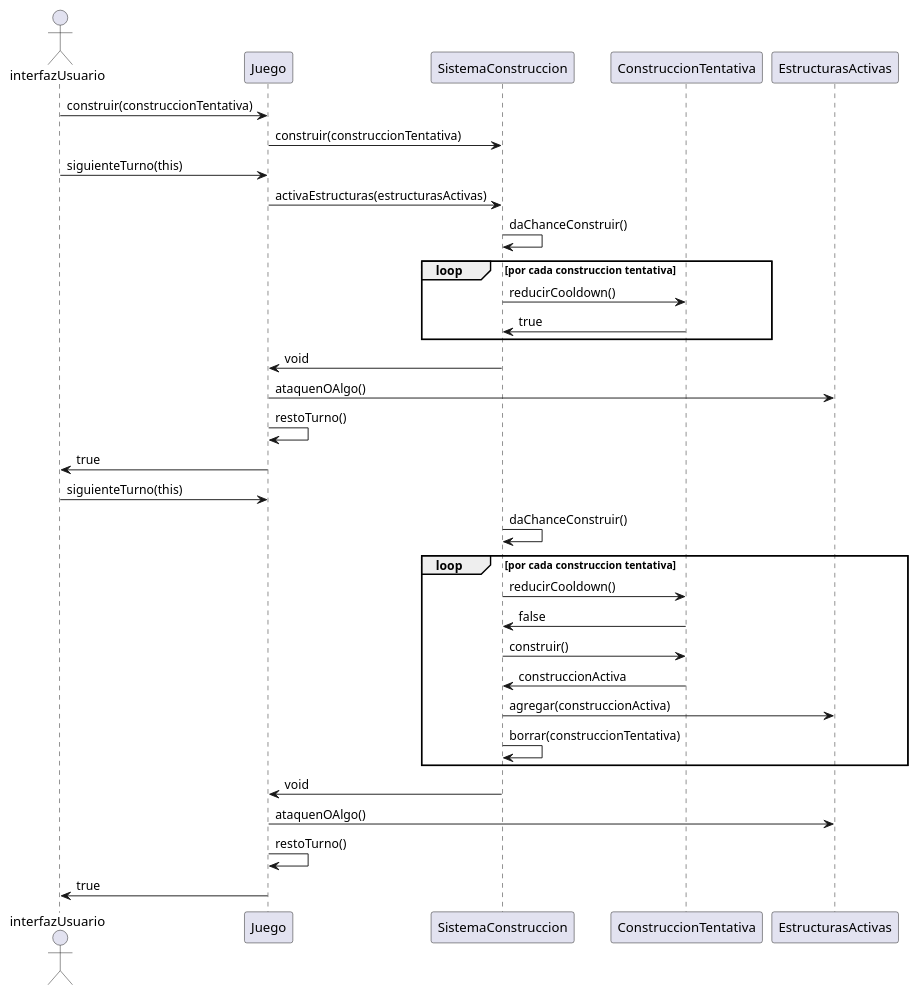
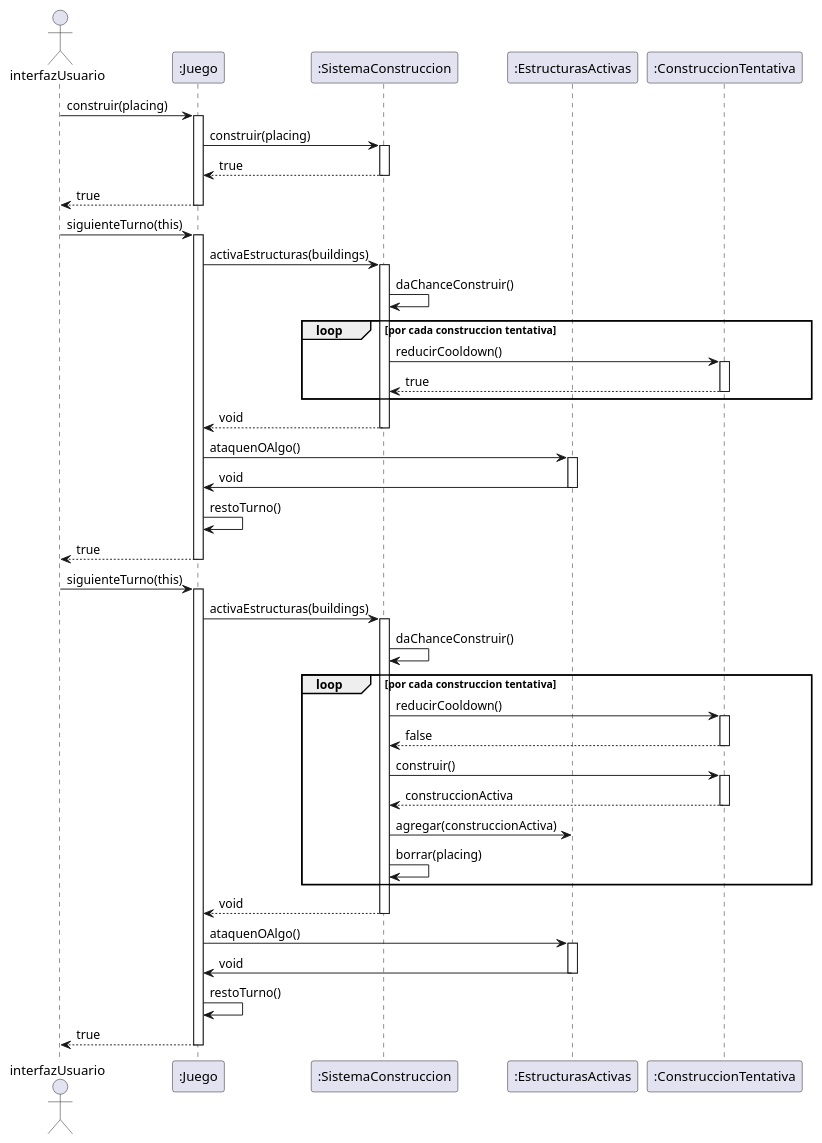
One commit to MarceloAgustinOrigoniGuillaume/Algo3_TP2_1C2023 changed the diagram in diagrams/sequences/prototipoMarcelo/construcciones/manejoCooldowns.puml. Above: the diagram before and after it, drawn with PlantUML. The commit also changed 6 other files, not shown here.

First line of the commit message:
haciendo mejor los diagramas

```diff
--- a/diagrams/sequences/prototipoMarcelo/construcciones/manejoCooldowns.puml
+++ b/diagrams/sequences/prototipoMarcelo/construcciones/manejoCooldowns.puml
@@ -1,51 +1,94 @@
 @startuml
 
 Actor interfazUsuario as sis
-sis-> Juego: construir(construccionTentativa)
-Juego-> SistemaConstruccion: construir(construccionTentativa)
+
+participant ":Juego" as Juego
+participant ":SistemaConstruccion" as builder
+participant ":EstructurasActivas" as buildings
+participant ":ConstruccionTentativa" as placing
+
+
+
+sis-> Juego: construir(placing)
+activate Juego
+
+Juego-> builder: construir(placing)
+activate builder
+builder -->Juego : true
+deactivate builder
+Juego -->sis: true
+deactivate Juego
 
 
 sis->Juego : siguienteTurno(this)
-
-Juego->SistemaConstruccion: activaEstructuras(estructurasActivas)
-
-SistemaConstruccion->SistemaConstruccion: daChanceConstruir()
+activate Juego
+Juego->builder: activaEstructuras(buildings)
+activate builder
+builder->builder: daChanceConstruir()
 
 loop por cada construccion tentativa
-SistemaConstruccion-> ConstruccionTentativa: reducirCooldown()
-ConstruccionTentativa -> SistemaConstruccion: true
+builder-> placing: reducirCooldown()
+activate placing
+placing --> builder: true
+deactivate placing
 end
-SistemaConstruccion-> Juego: void
-Juego->EstructurasActivas: ataquenOAlgo()
+builder--> Juego: void
+deactivate builder
+
+Juego->buildings: ataquenOAlgo()
+activate buildings
+buildings -> Juego: void
+deactivate buildings
 Juego->Juego: restoTurno()
-Juego -> sis: true
 
+Juego --> sis: true
+deactivate Juego
 
 
 
 sis->Juego : siguienteTurno(this)
-SistemaConstruccion->SistemaConstruccion: daChanceConstruir()
+activate Juego
+
+
+Juego->builder: activaEstructuras(buildings)
+activate builder
+
+builder->builder: daChanceConstruir()
 loop por cada construccion tentativa
-SistemaConstruccion-> ConstruccionTentativa: reducirCooldown()
-ConstruccionTentativa -> SistemaConstruccion: false
-SistemaConstruccion-> ConstruccionTentativa : construir()
-ConstruccionTentativa -> SistemaConstruccion: construccionActiva
-SistemaConstruccion -> EstructurasActivas: agregar(construccionActiva)
-SistemaConstruccion -> SistemaConstruccion: borrar(construccionTentativa)
+builder-> placing: reducirCooldown()
+activate placing
+placing --> builder: false
+deactivate placing
+builder-> placing : construir()
+activate placing
+placing --> builder: construccionActiva
+
+deactivate placing
+builder -> buildings: agregar(construccionActiva)
+builder -> builder: borrar(placing)
 end
-SistemaConstruccion-> Juego: void
-Juego->EstructurasActivas: ataquenOAlgo()
+
+
+builder--> Juego: void
+deactivate builder
+
+Juego->buildings: ataquenOAlgo()
+activate buildings
+buildings -> Juego: void
+deactivate buildings
+
 Juego->Juego: restoTurno()
-Juego -> sis: true
 
+Juego --> sis: true
+deactivate Juego
 
 
 
 
 
 
 
 
 
 
 @enduml
```
